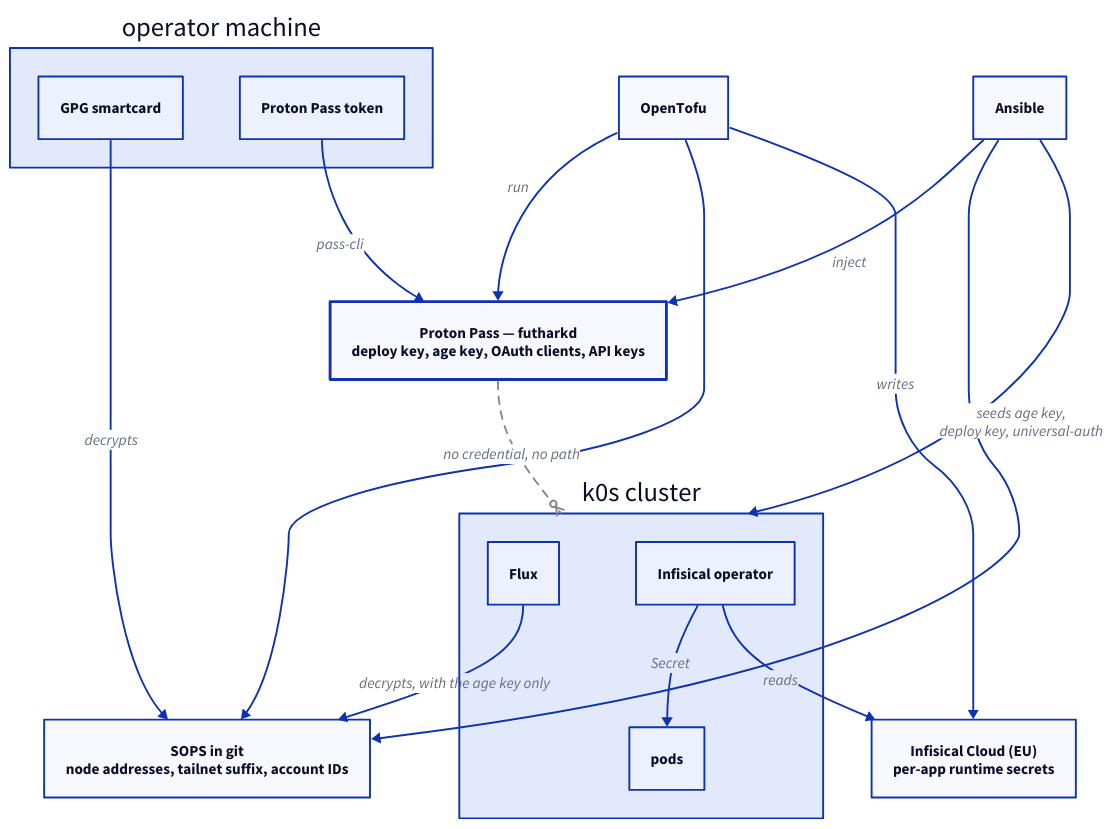
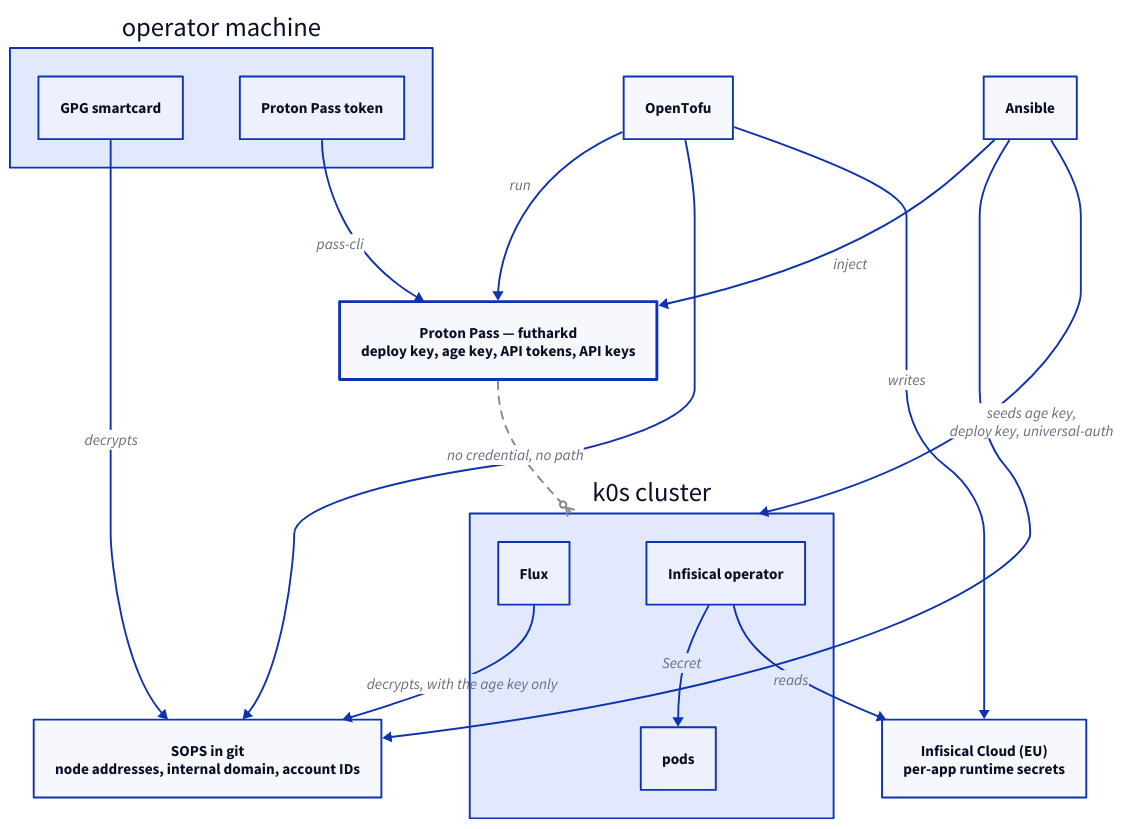
One commit to brewcoua/futhark changed the diagram in docs/src/conventions/secrets.md. Above: the diagram before and after it, drawn with D2. The commit also changed other lines of this file and 83 other files, not shown here.

````diff
--- a/docs/src/conventions/secrets.md
+++ b/docs/src/conventions/secrets.md
@@ -26,43 +26,43 @@
 ```d2
 direction: down
 
 operator: operator machine {
   gpg: GPG smartcard
   pat: Proton Pass token
 }
 
-pass: "Proton Pass — futharkd\ndeploy key, age key, OAuth clients, API keys" {
+pass: "Proton Pass — futharkd\ndeploy key, age key, API tokens, API keys" {
   style.stroke-width: 3
 }
-sops: SOPS in git\nnode addresses, tailnet suffix, account IDs
+sops: SOPS in git\nnode addresses, internal domain, account IDs
 infisical: "Infisical Cloud (EU)\nper-app runtime secrets"
 
 cluster: k0s cluster {
   flux: Flux
   infop: Infisical operator
   pods: pods
   infop -> pods: Secret
 }
 
 tofu: OpenTofu
 ansible: Ansible
 
 operator.pat -> pass: pass-cli
 operator.gpg -> sops: decrypts
 
 ansible -> pass: inject
 ansible -> sops
 ansible -> cluster: seeds age key,\ndeploy key, universal-auth
 
 tofu -> pass: run
 tofu -> sops
 tofu -> infisical: writes
 
 cluster.flux -> sops: decrypts, with the age key only
 cluster.infop -> infisical: reads
 
 pass -> cluster: "no credential, no path" {
   style: { stroke-dash: 4; stroke: "#888" }
   target-arrowhead.shape: cf-many
 }
 ```
````
